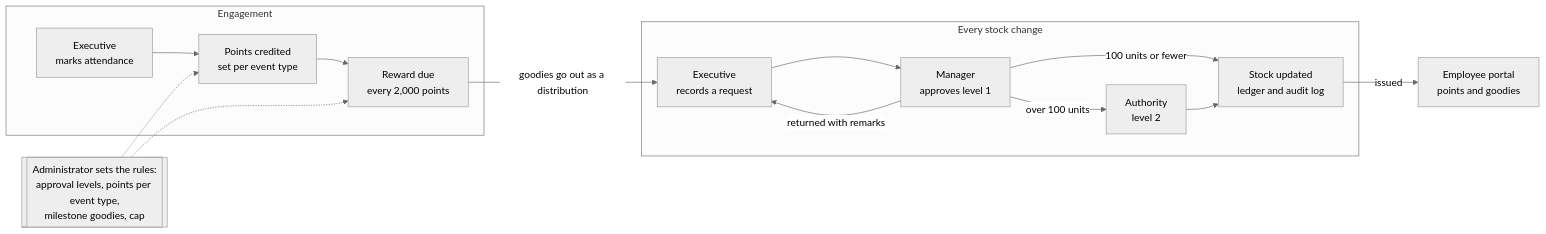
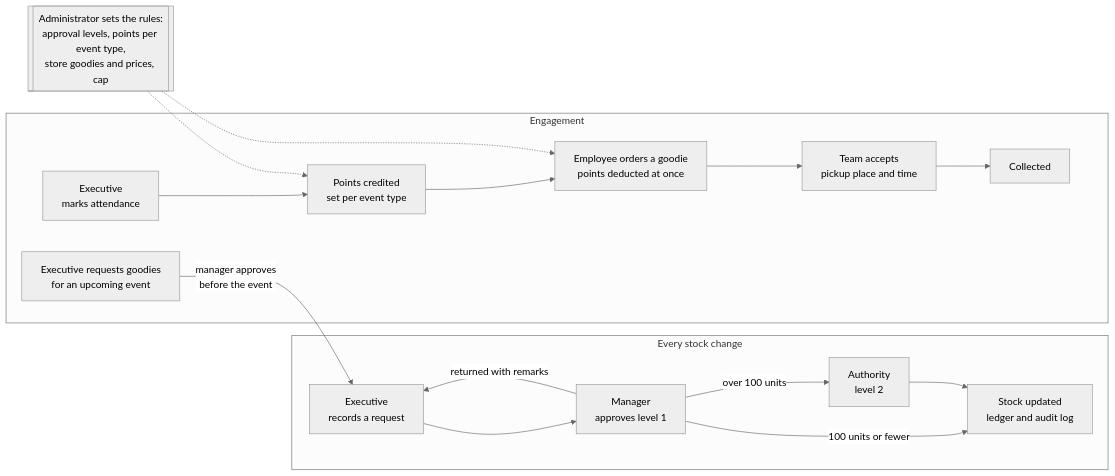
The diagram in docs/DEMO-SCRIPT.md (venkynani1/mavericks-inventory), drawn with Mermaid (neutral theme) before and after one commit. The commit also changed other lines of this file and 115 other files, not shown here.

First line of the commit message:
Event goodies approved before the event, and a points store with cart, orders and pickup

````diff
--- a/docs/DEMO-SCRIPT.md
+++ b/docs/DEMO-SCRIPT.md
@@ -32,18 +32,19 @@
 ```mermaid
 flowchart LR
   subgraph Stock["Every stock change"]
     E1[Executive<br/>records a request] --> M[Manager<br/>approves level 1]
     M -->|returned with remarks| E1
     M -->|over 100 units| A[Authority<br/>level 2]
     M -->|100 units or fewer| S[Stock updated<br/>ledger and audit log]
     A --> S
   end
   subgraph Points["Engagement"]
+    G[Executive requests goodies<br/>for an upcoming event] -->|manager approves<br/>before the event| E1
     E2[Executive<br/>marks attendance] --> P[Points credited<br/>set per event type]
-    P --> R[Reward due<br/>every 2,000 points]
+    P --> O[Employee orders a goodie<br/>points deducted at once]
+    O --> T[Team accepts<br/>pickup place and time]
+    T --> C[Collected]
   end
-  R -->|goodies go out as a distribution| E1
-  S -->|issued| EP[Employee portal<br/>points and goodies]
-  AD[[Administrator sets the rules:<br/>approval levels, points per event type,<br/>milestone goodies, cap]] -.-> P
-  AD -.-> R
+  AD[[Administrator sets the rules:<br/>approval levels, points per event type,<br/>store goodies and prices, cap]] -.-> P
+  AD -.-> O
 ```
````
